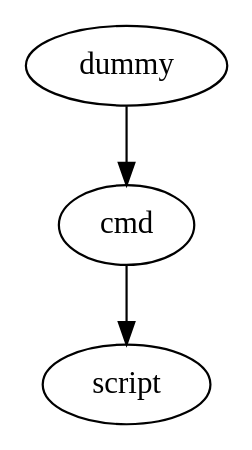
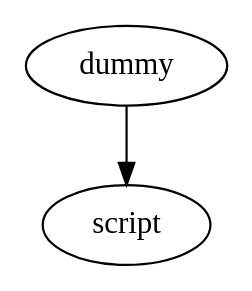
One commit to crackcell/hpipe changed the diagram in examples/shell/shell.dot. Above: the diagram before and after it, drawn with Graphviz. The commit also changed 14 other files, not shown here.

```diff
--- a/examples/shell/shell.dot
+++ b/examples/shell/shell.dot
@@ -1,20 +1,14 @@
 digraph shell {
-    dummy -> cmd -> script
+    dummy -> script
     dummy [
            name="dummy"
            type="dummy"
            ]
-    cmd [
-           name="cmd"
-           type="shell"
-           output="/tmp/hpipe/examples/shell/output/${bizdate}/cmd"
-           vars="$test_val=0.11"
-           cmd="echo ${bizdate} ${test_val}"
-           ]
     script [
            name="script"
-           type="shell"
+           type="script"
+           interpreter="bash"
            output="/tmp/hpipe/examples/shell/output/${bizdate}/script"
-           script="script.sh ${bizdate} 'space and' 'XX YY' xxx-asdf_rr.sh"
+           script="script.sh ${bizdate} 'space and' 'XX YY' xxx-asdf_rr.sh ${job_report}"
            ]
 }
```
